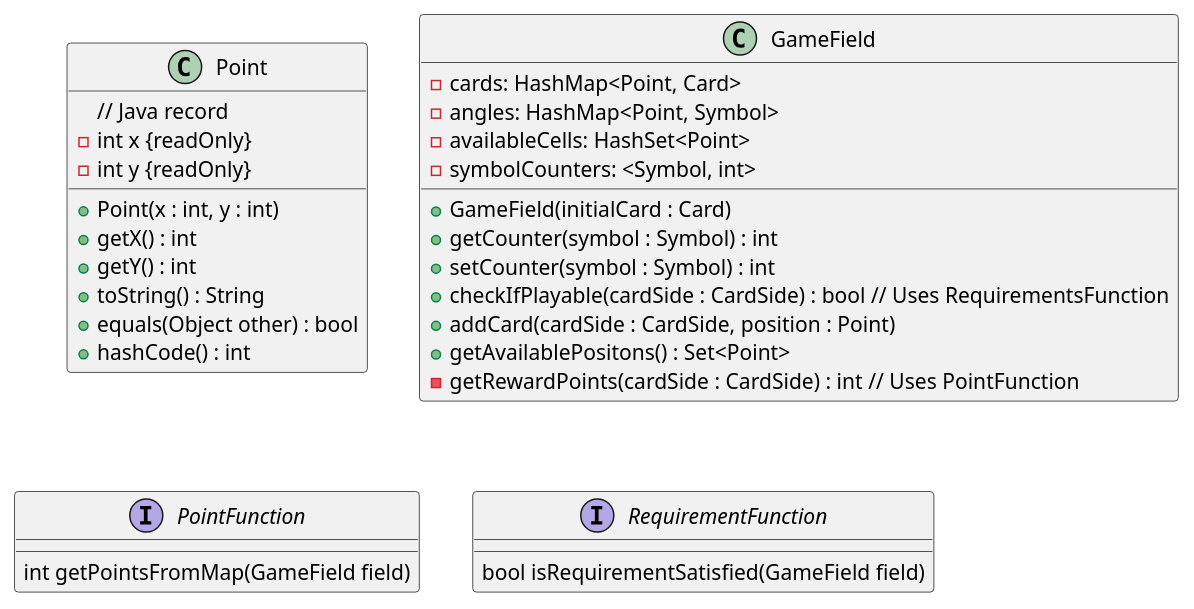
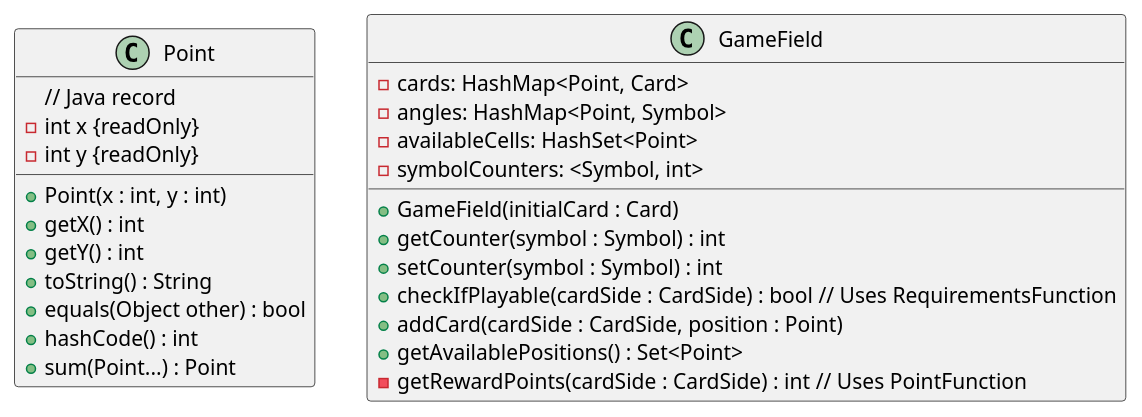
Before and after one commit to LucaLeonx/ing-sw-2024-Leonzio-Lanza-LaGioia-Mauro: the diagram in docs/uml/gamefield.puml, drawn with PlantUML. The commit also changed 1 other file, not shown here.

Commit message:
Refactored cards.puml; added GameFunctionsFactory

```diff
--- a/docs/uml/gamefield.puml
+++ b/docs/uml/gamefield.puml
@@ -1,93 +1,87 @@
 @startuml
 
 
 'https://www.baeldung.com/java-record-keyword
 'https://howtodoinjava.com/java/java-record-type/
 
 class Point{
     // Java record
     - int x {readOnly}
     - int y {readOnly}
     + Point(x : int, y : int)
     + getX() : int
     + getY() : int
     + toString() : String
     + equals(Object other) : bool
     + hashCode() : int
+    + sum(Point...) : Point
 }
 
 class GameField{
     - cards: HashMap<Point, Card>
     - angles: HashMap<Point, Symbol>
     - availableCells: HashSet<Point>
     - symbolCounters: <Symbol, int>
 
-
     + GameField(initialCard : Card)
     + getCounter(symbol : Symbol) : int
     + setCounter(symbol : Symbol) : int
     + checkIfPlayable(cardSide : CardSide) : bool // Uses RequirementsFunction
     + addCard(cardSide : CardSide, position : Point)
-    + getAvailablePositons() : Set<Point>
+    + getAvailablePositions() : Set<Point>
     - getRewardPoints(cardSide : CardSide) : int // Uses PointFunction
 }
 
 /'
 Player is playing
 cardSide = selectCardSide(card, side front/back)
 
 if(cardSide.playingRequirements.isSatisfied(field)){
     addCard(to field)
     score += cardSide.rewardFunction.getPointsFromMap(field)
 }
 '/
 
 
 /'Consider renaming RewardFunction'/
-interface PointFunction {
-    int getPointsFromMap(GameField field)
-}
 
-interface RequirementFunction {
-    bool isRequirementSatisfied(GameField field)
-}
 
 
 
 /' classe che conta un di simboli
 
 class PointFunctionFactory {
 
     + simplePointFunction(points : int) : PointFunction
     + countSymbolFunction(symbol : Symbol) : PointFunction
     + countCoveredAnglesFunction() : PointFunction
     + findPatternFunction(pattern??) : PointFunction
 }
 
 class RequirementChecker implements RequirementFunction {
     - HashMap<Symbol, int> requiredNumberOfSymbol
 }
 
 
 class CountSymbol implements PointFunction{
 
     List<Symbol> symbolsToCount;
 
     CountSymbol(Symbol symbols...)
     /' funzione variadic, accetta
     un numero variabile di simboli
 
 
     getPointsFromMap(GameField field)){
         return symbolToCount.stream()
             .map((a) -> field.getCounter(a))
             .sum();
     }
 }
 
 PointFunction countSymbolAnimal = new PointFunction(field) {
 
 }'/
 
 
 @enduml
```
